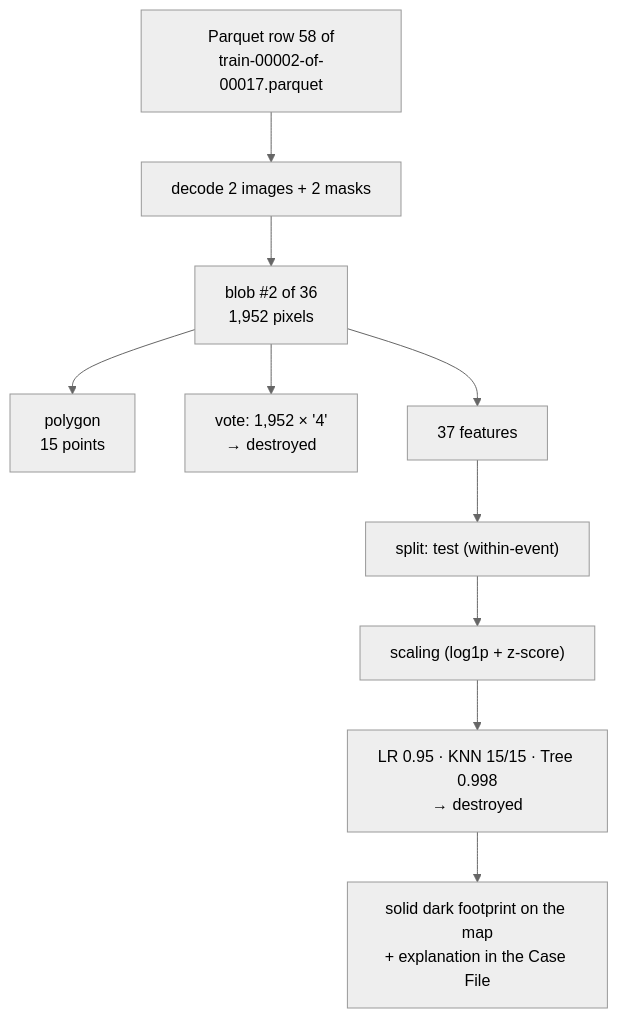
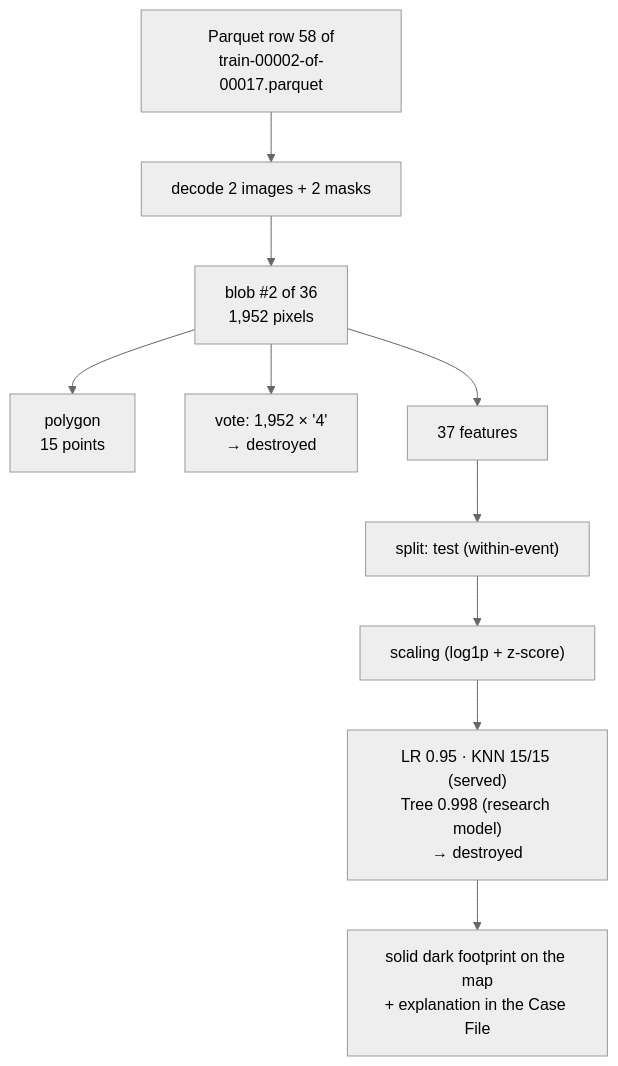
Before and after one commit to divishapanjwani/AfterSight-Simplified: the second of 4 diagrams in docs/UNDERSTANDING_AFTERSIGHT.md, drawn with Mermaid (neutral theme). The commit also changed other lines of this file and 9 other files, not shown here.

````diff
--- a/docs/UNDERSTANDING_AFTERSIGHT.md
+++ b/docs/UNDERSTANDING_AFTERSIGHT.md
@@ -234,12 +234,12 @@
 ```mermaid
 flowchart TB
     R["Parquet row 58 of<br/>train-00002-of-00017.parquet"] --> D["decode 2 images + 2 masks"]
     D --> B["blob #2 of 36<br/>1,952 pixels"]
     B --> P["polygon<br/>15 points"]
     B --> L["vote: 1,952 × '4'<br/>→ destroyed"]
     B --> F["37 features"]
     F --> S["split: test (within-event)"]
     S --> Z["scaling (log1p + z-score)"]
-    Z --> M["LR 0.95 · KNN 15/15 · Tree 0.998<br/>→ destroyed"]
+    Z --> M["LR 0.95 · KNN 15/15 (served)<br/>Tree 0.998 (research model)<br/>→ destroyed"]
     M --> U["solid dark footprint on the map<br/>+ explanation in the Case File"]
 ```
````
